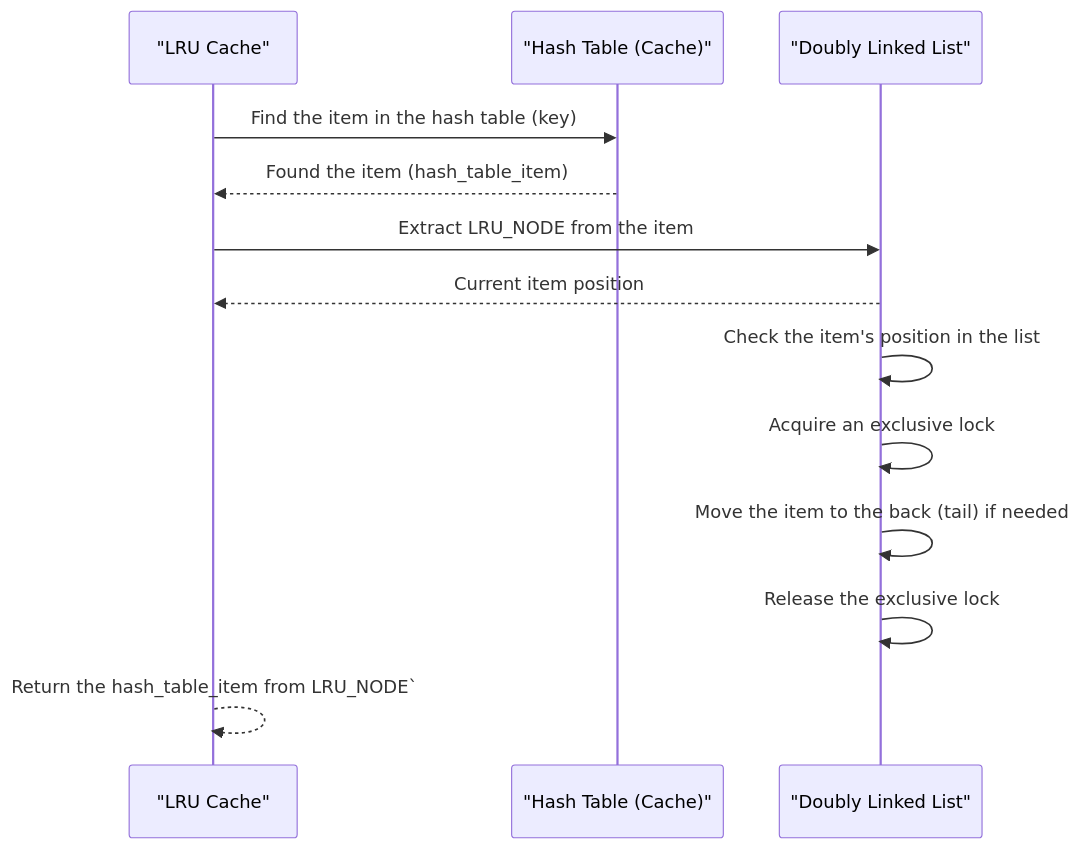
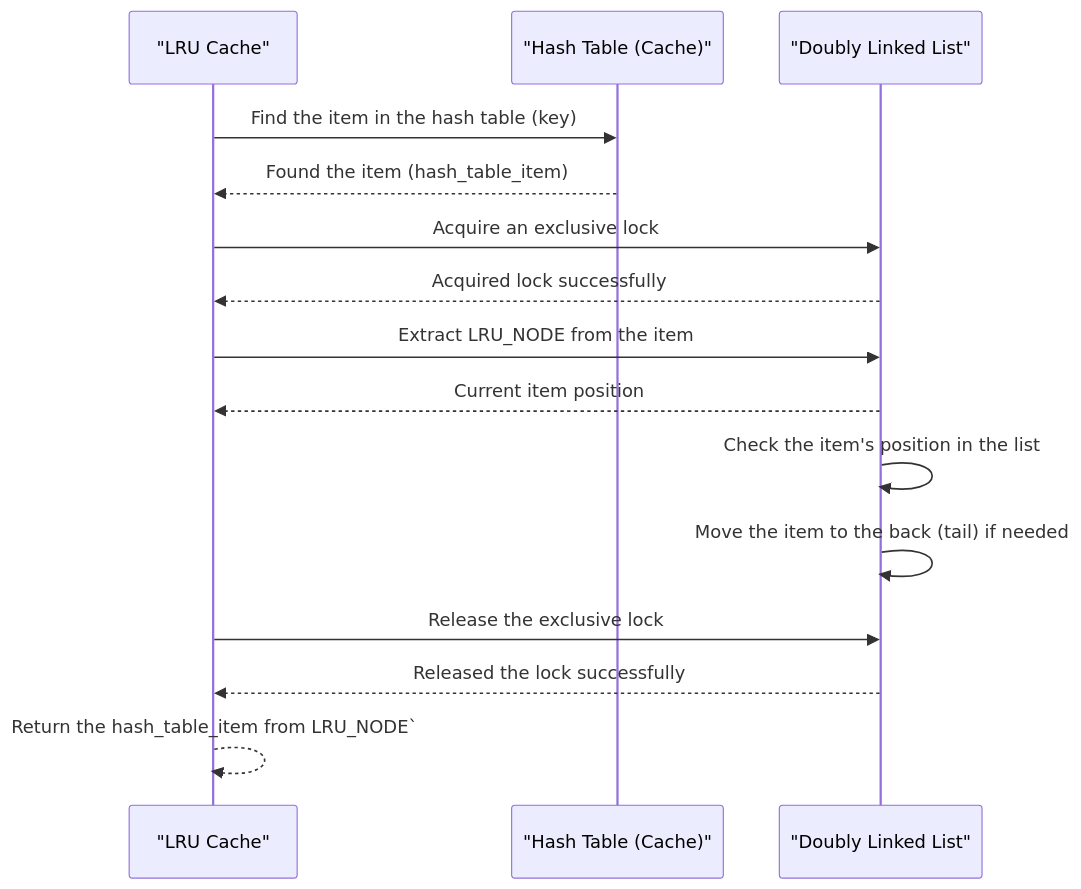
Before and after one commit to Azure/clds: the third of 3 diagrams in devdoc/lru_cache_design.md, drawn with Mermaid. The commit also changed other lines of this file and 3 other files, not shown here.

````diff
--- a/devdoc/lru_cache_design.md
+++ b/devdoc/lru_cache_design.md
@@ -122,15 +124,17 @@
 ```mermaid
 sequenceDiagram
     participant Cache as "LRU Cache"
     participant HashTable as "Hash Table (Cache)"
-    participant LRUList as "Doubly Linked List"
+    participant LRUList as "Doubly Linked List"    
     Cache ->> HashTable: Find the item in the hash table (key)
     HashTable -->> Cache: Found the item (hash_table_item)
+    Cache ->> LRUList: Acquire an exclusive lock
+    LRUList -->> Cache: Acquired lock successfully
     Cache ->> LRUList: Extract LRU_NODE from the item
     LRUList -->> Cache: Current item position
     LRUList ->> LRUList: Check the item's position in the list
-    LRUList ->> LRUList: Acquire an exclusive lock
     LRUList ->> LRUList: Move the item to the back (tail) if needed
-    LRUList ->> LRUList: Release the exclusive lock
+    Cache ->> LRUList: Release the exclusive lock
+    LRUList -->> Cache: Released the lock successfully
     Cache -->> Cache: Return the hash_table_item from LRU_NODE` 
 ```
````
